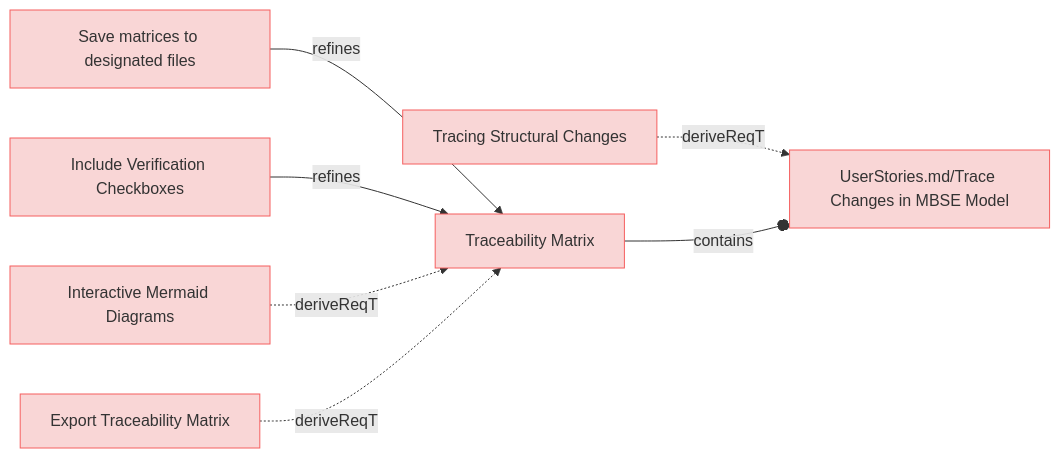
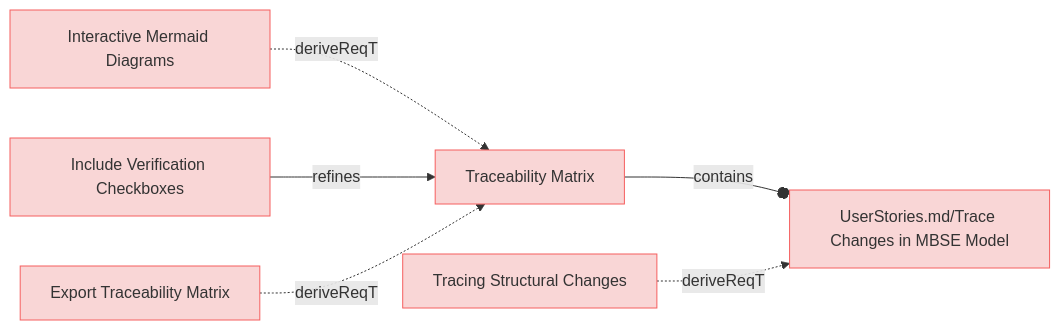
Before and after one commit to reqvire-org/reqvire: the sixth of 9 diagrams in specifications/UserRequirements.md, drawn with Mermaid. The commit also changed other lines of this file and 17 other files, not shown here.

First line of the commit message:
Enhance diagram links with stable git repository URLs

````diff
--- a/specifications/UserRequirements.md
+++ b/specifications/UserRequirements.md
@@ -483,36 +447,32 @@
 ```mermaid
 graph LR;
   %% Graph styling
   classDef requirement fill:#f9d6d6,stroke:#f55f5f,stroke-width:1px;
   classDef verification fill:#d6f9d6,stroke:#5fd75f,stroke-width:1px;
   classDef externalLink fill:#d0e0ff,stroke:#3080ff,stroke-width:1px;
   classDef default fill:#f5f5f5,stroke:#333333,stroke-width:1px;
 
-  c4b025f6ac8438c7["Save matrices to designated files"];
-  click c4b025f6ac8438c7 "UserRequirements.md#save-matrices-to-designated-files";
-  class c4b025f6ac8438c7 requirement;
+  e867499409ae347a["Interactive Mermaid Diagrams"];
+  click e867499409ae347a "https://github.com/ilijaljubicic/ReqFlow/blob/a94231473c9a4a56fe21608ebd13787e0cc3f2dc/specifications/UserRequirements.md#interactive-mermaid-diagrams";
+  class e867499409ae347a requirement;
   ba40352f8e72c125["Traceability Matrix"];
   class ba40352f8e72c125 requirement;
-  click ba40352f8e72c125 "UserRequirements.md#traceability-matrix";
-  c4b025f6ac8438c7 -->|refines| ba40352f8e72c125;
+  click ba40352f8e72c125 "https://github.com/ilijaljubicic/ReqFlow/blob/a94231473c9a4a56fe21608ebd13787e0cc3f2dc/specifications/UserRequirements.md#traceability-matrix";
+  e867499409ae347a -.->|deriveReqT| ba40352f8e72c125;
   273dcdad7a4c7b9a["Include Verification Checkboxes"];
-  click 273dcdad7a4c7b9a "UserRequirements.md#include-verification-checkboxes";
+  click 273dcdad7a4c7b9a "https://github.com/ilijaljubicic/ReqFlow/blob/a94231473c9a4a56fe21608ebd13787e0cc3f2dc/specifications/UserRequirements.md#include-verification-checkboxes";
   class 273dcdad7a4c7b9a requirement;
   273dcdad7a4c7b9a -->|refines| ba40352f8e72c125;
-  e867499409ae347a["Interactive Mermaid Diagrams"];
-  click e867499409ae347a "UserRequirements.md#interactive-mermaid-diagrams";
-  class e867499409ae347a requirement;
-  e867499409ae347a -.->|deriveReqT| ba40352f8e72c125;
   4b7b4328173caada["Export Traceability Matrix"];
-  click 4b7b4328173caada "UserRequirements.md#export-traceability-matrix";
+  click 4b7b4328173caada "https://github.com/ilijaljubicic/ReqFlow/blob/a94231473c9a4a56fe21608ebd13787e0cc3f2dc/specifications/UserRequirements.md#export-traceability-matrix";
   class 4b7b4328173caada requirement;
   4b7b4328173caada -.->|deriveReqT| ba40352f8e72c125;
-  91ebf7e73d5ac081["Tracing Structural Changes"];
-  click 91ebf7e73d5ac081 "UserRequirements.md#tracing-structural-changes";
-  class 91ebf7e73d5ac081 requirement;
   36d8b2eb16113a7f["UserStories.md/Trace Changes in MBSE Model"];
   class 36d8b2eb16113a7f requirement;
-  click 36d8b2eb16113a7f "UserStories.md#trace-changes-in-mbse-model";
+  click 36d8b2eb16113a7f "https://github.com/ilijaljubicic/ReqFlow/blob/a94231473c9a4a56fe21608ebd13787e0cc3f2dc/specifications/UserStories.md#trace-changes-in-mbse-model";
+  ba40352f8e72c125 --o|contains| 36d8b2eb16113a7f;
+  91ebf7e73d5ac081["Tracing Structural Changes"];
+  click 91ebf7e73d5ac081 "https://github.com/ilijaljubicic/ReqFlow/blob/a94231473c9a4a56fe21608ebd13787e0cc3f2dc/specifications/UserRequirements.md#tracing-structural-changes";
+  class 91ebf7e73d5ac081 requirement;
   91ebf7e73d5ac081 -.->|deriveReqT| 36d8b2eb16113a7f;
-  ba40352f8e72c125 --o|contains| 36d8b2eb16113a7f;
 ```
````
